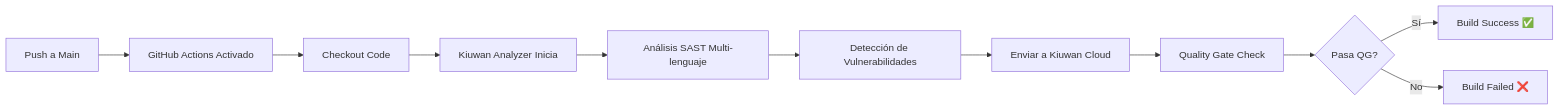
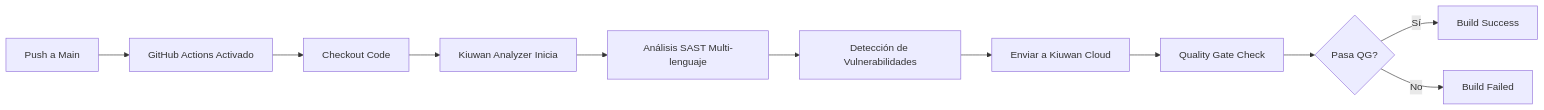
The diagram in README.md (jhneira-sol/kiuwan-sast-pipeline), drawn with Mermaid before and after one commit. The commit also changed other lines of this file, not shown here.

````diff
--- a/README.md
+++ b/README.md
@@ -58,13 +59,13 @@
 ```mermaid
 graph LR
     A[Push a Main] --> B[GitHub Actions Activado]
     B --> C[Checkout Code]
     C --> D[Kiuwan Analyzer Inicia]
     D --> E[Análisis SAST Multi-lenguaje]
     E --> F[Detección de Vulnerabilidades]
     F --> G[Enviar a Kiuwan Cloud]
     G --> H[Quality Gate Check]
     H --> I{Pasa QG?}
-    I -->|Sí| J[Build Success ✅]
-    I -->|No| K[Build Failed ❌]
+    I -->|Sí| J[Build Success]
+    I -->|No| K[Build Failed]
 ```
````
